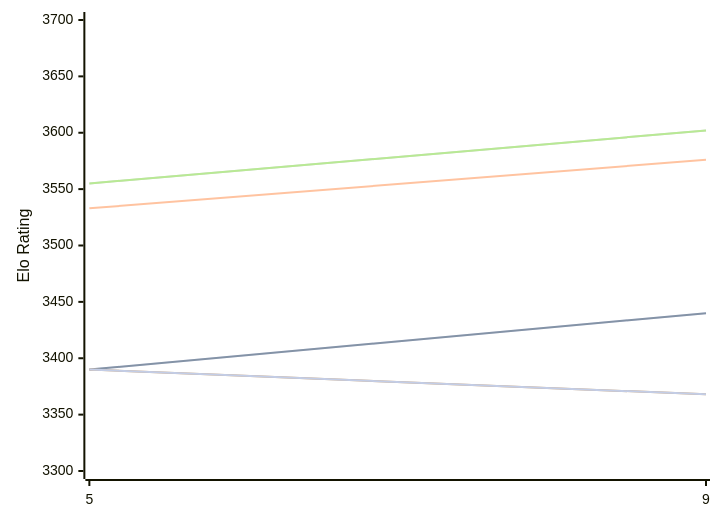
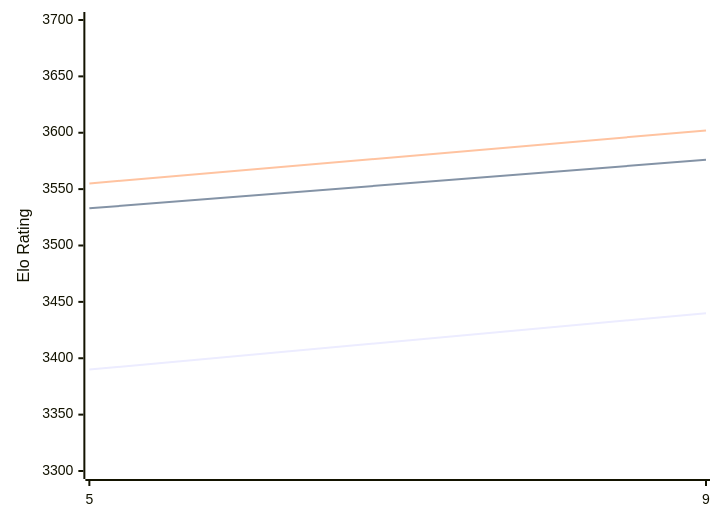
The diagram in engines/Crystal.md (computer-chess-index/cci), drawn with Mermaid before and after one commit. The commit also changed other lines of this file, not shown here.

````diff
--- a/engines/Crystal.md
+++ b/engines/Crystal.md
@@ -48,13 +48,9 @@
 ```mermaid
 %%{init: {"theme":"base","themeVariables":{"seriesColors:['#a3a3a3','#222221','#faa371']}}}%%
 xychart-beta
   x-axis ["5", "9"]
   y-axis "Elo Rating" 3300 --> 3700
-  line "" [3390, 3440]
   line "T1: STC (8.0+0.08s)" [3390, 3440]
   line "T1: LTC (60.0+0.60s)" [3533, 3576]
-  line "" [3555, 3602]
   line "T1: VLTC (2m24s+1.12s)" [3555, 3602]
-  line "" [3390,3368]
-  line "E1: STC (8.0+0.08s)" [3390,3368]
 ```
````
